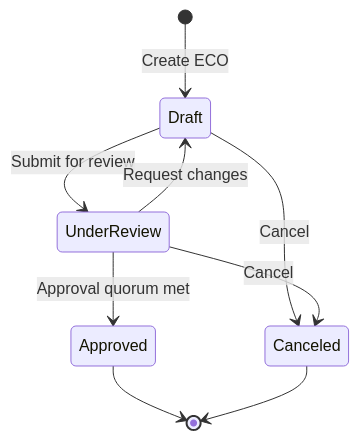
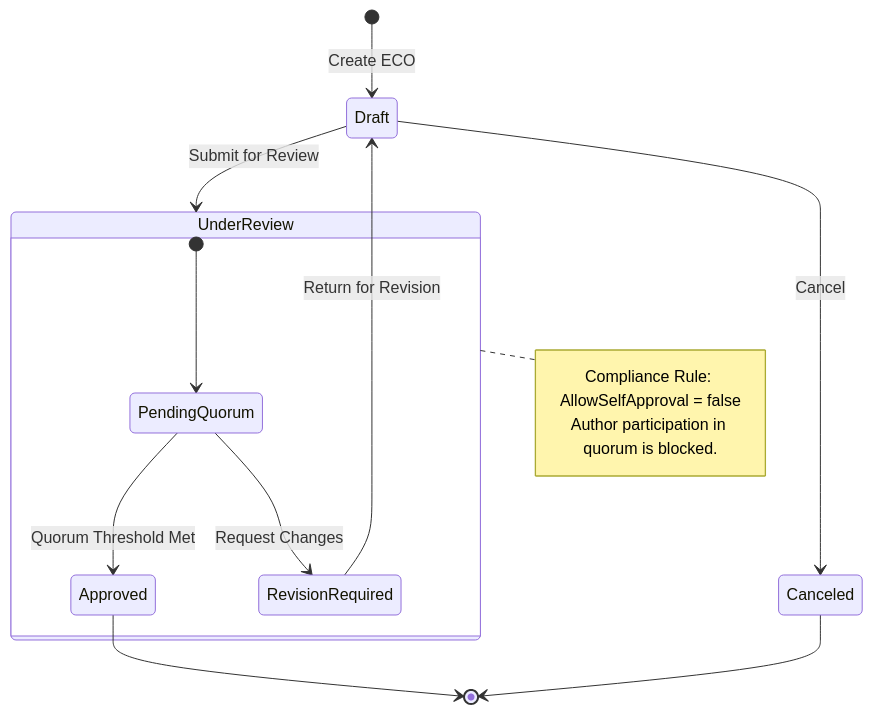
One commit to emanuellcs/engiflow changed the third of 3 diagrams in README.md. Above: the diagram before and after it, drawn with Mermaid. The commit also changed other lines of this file and 4 other files, not shown here.

Commit message:
docs: synchronize READMEs with current codebase specs and inject high-fidelity Mermaid diagrams

````diff
--- a/README.md
+++ b/README.md
@@ -84,11 +112,21 @@
 ```mermaid
 stateDiagram-v2
     [*] --> Draft: Create ECO
-    Draft --> UnderReview: Submit for review
+    Draft --> UnderReview: Submit for Review
     Draft --> Canceled: Cancel
-    UnderReview --> Approved: Approval quorum met
-    UnderReview --> Draft: Request changes
-    UnderReview --> Canceled: Cancel
+    
+    state UnderReview {
+        [*] --> PendingQuorum
+        PendingQuorum --> Approved: Quorum Threshold Met
+        PendingQuorum --> RevisionRequired: Request Changes
+    }
+    
     Approved --> [*]
+    RevisionRequired --> Draft: Return for Revision
     Canceled --> [*]
+    
+    note right of UnderReview
+        Compliance Rule: AllowSelfApproval = false
+        Author participation in quorum is blocked.
+    end note
 ```
````
